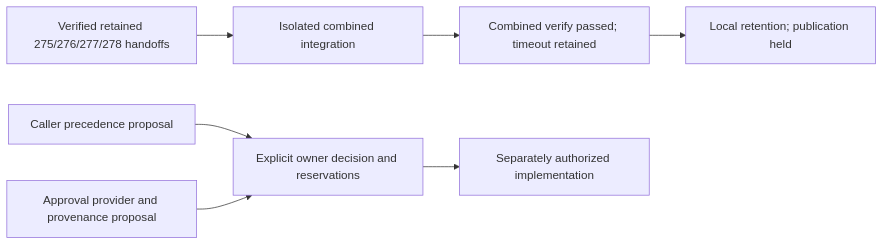
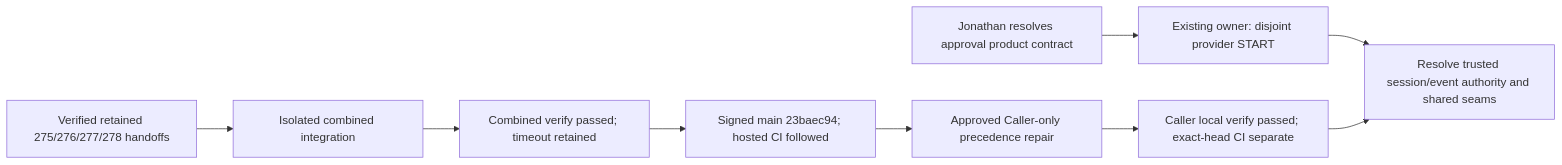
Before and after one commit to Resnovas/Eventiva: the first of 41 diagrams in docs/planning/timeline.md, drawn with Mermaid. The commit also changed other lines of this file and 8 other files, not shown here.

````diff
--- a/docs/planning/timeline.md
+++ b/docs/planning/timeline.md
@@ -19,9 +21,11 @@
 ```mermaid
 flowchart LR
     Retained["Verified retained 275/276/277/278 handoffs"] --> Integration["Isolated combined integration"]
     Integration --> Gates["Combined verify passed; timeout retained"]
-    Gates --> Hold["Local retention; publication held"]
-    CallerProposal["Caller precedence proposal"] --> Decision["Explicit owner decision and reservations"]
-    ApprovalProposal["Approval provider and provenance proposal"] --> Decision
-    Decision --> Future["Separately authorized implementation"]
+    Gates --> Published["Signed main 23baec94; hosted CI followed"]
+    Published --> Caller["Approved Caller-only precedence repair"]
+    Caller --> Acceptance["Caller local verify passed; exact-head CI separate"]
+    Decision["Jonathan resolves approval product contract"] --> Provider["Existing owner: disjoint provider START"]
+    Provider --> Seams["Resolve trusted session/event authority and shared seams"]
+    Acceptance --> Seams
 ```
````
